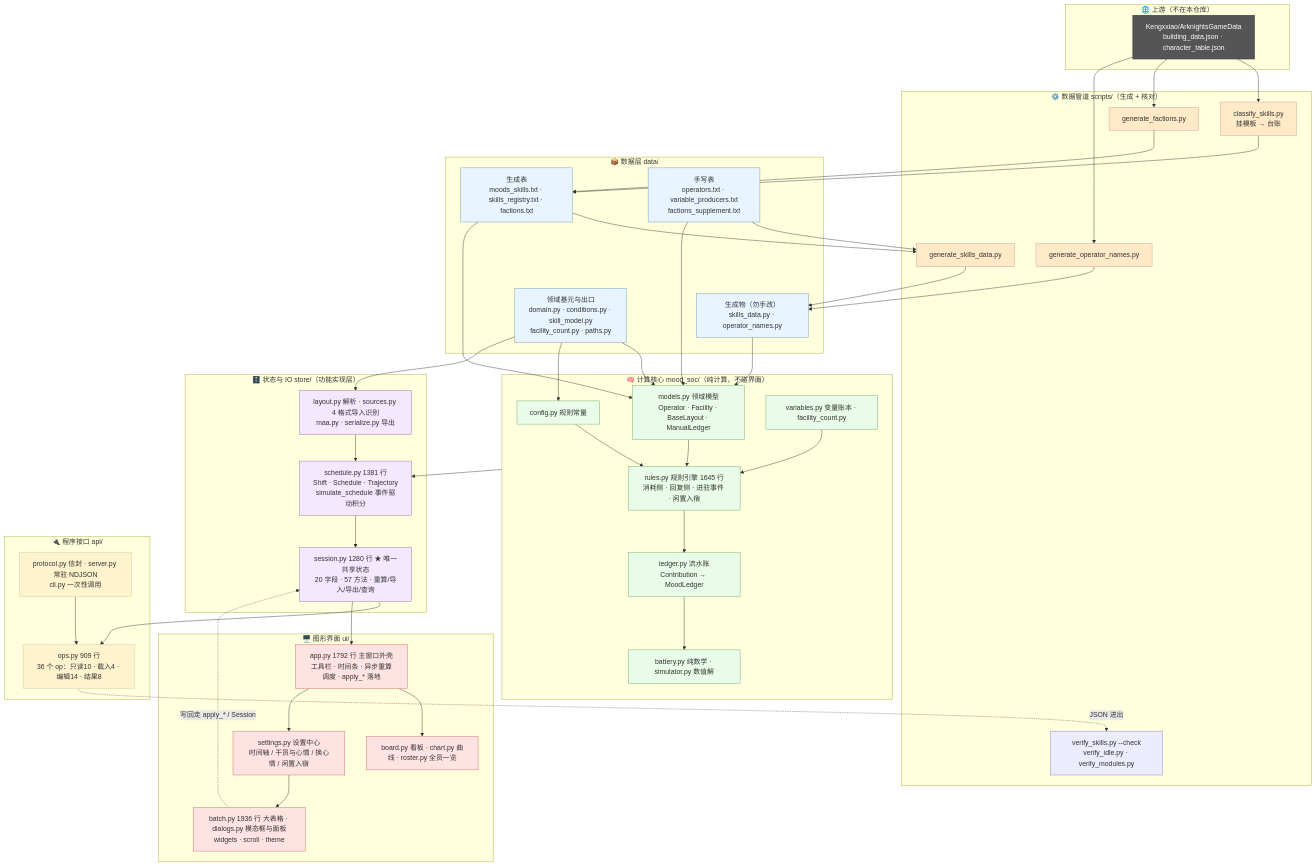
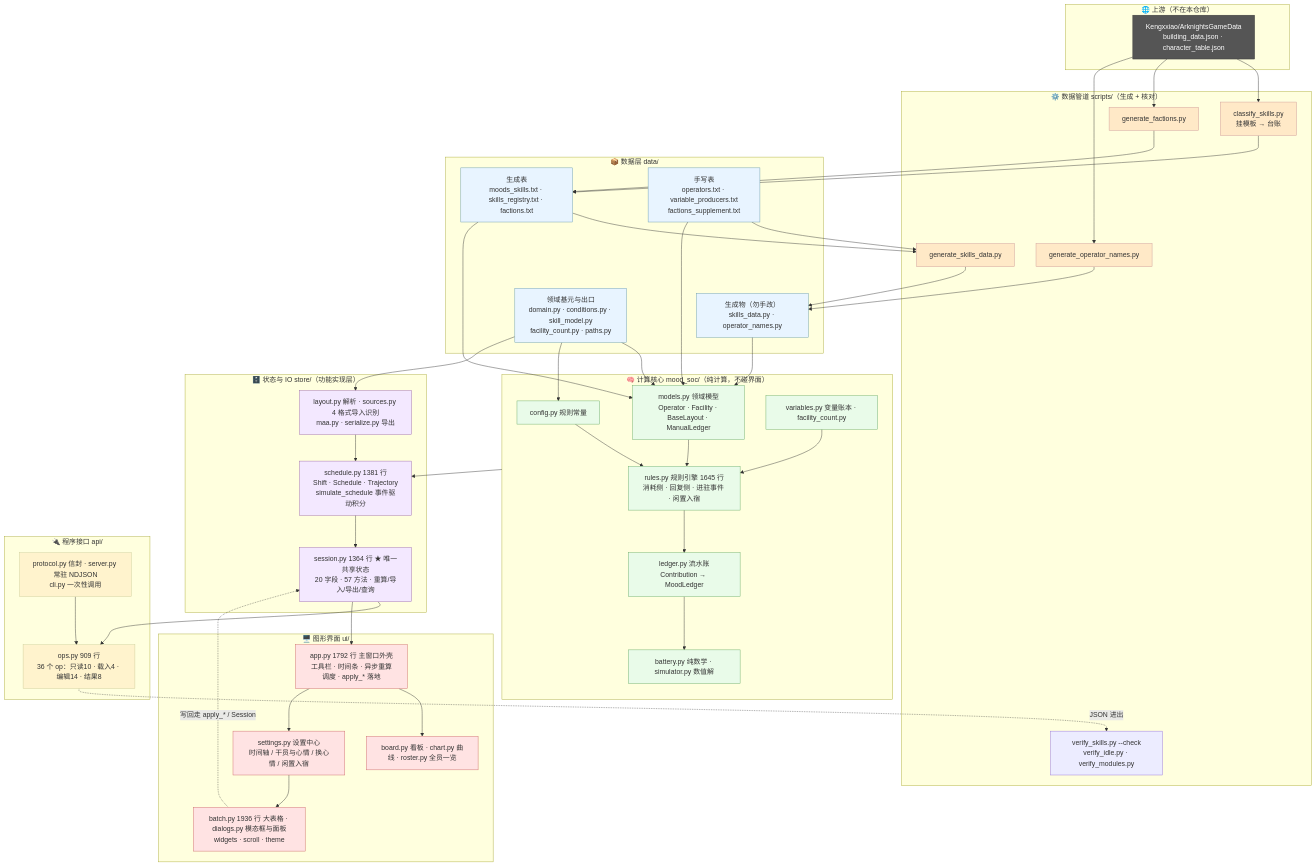
Before and after one commit to ziyanQAQ/Rhodes-MoodSOC: the first of 4 diagrams in documents/15-架构图.md, drawn with Mermaid.

Commit message:
刷架构图行数

```diff
--- a/documents/15-架构图.md
+++ b/documents/15-架构图.md
@@ -57,7 +57,7 @@
     subgraph L4["🗄️ 状态与 IO store/（功能实现层）"]
         S1["layout.py 解析 · sources.py 4 格式导入识别<br/>maa.py · serialize.py 导出"]
         S2["schedule.py 1381 行<br/>Shift · Schedule · Trajectory<br/>simulate_schedule 事件驱动积分"]
-        S3["session.py 1280 行 ★ 唯一共享状态<br/>20 字段 · 57 方法 · 重算/导入/导出/查询"]
+        S3["session.py 1364 行 ★ 唯一共享状态<br/>20 字段 · 57 方法 · 重算/导入/导出/查询"]
     end
 
     subgraph L5["🔌 程序接口 api/"]
```
